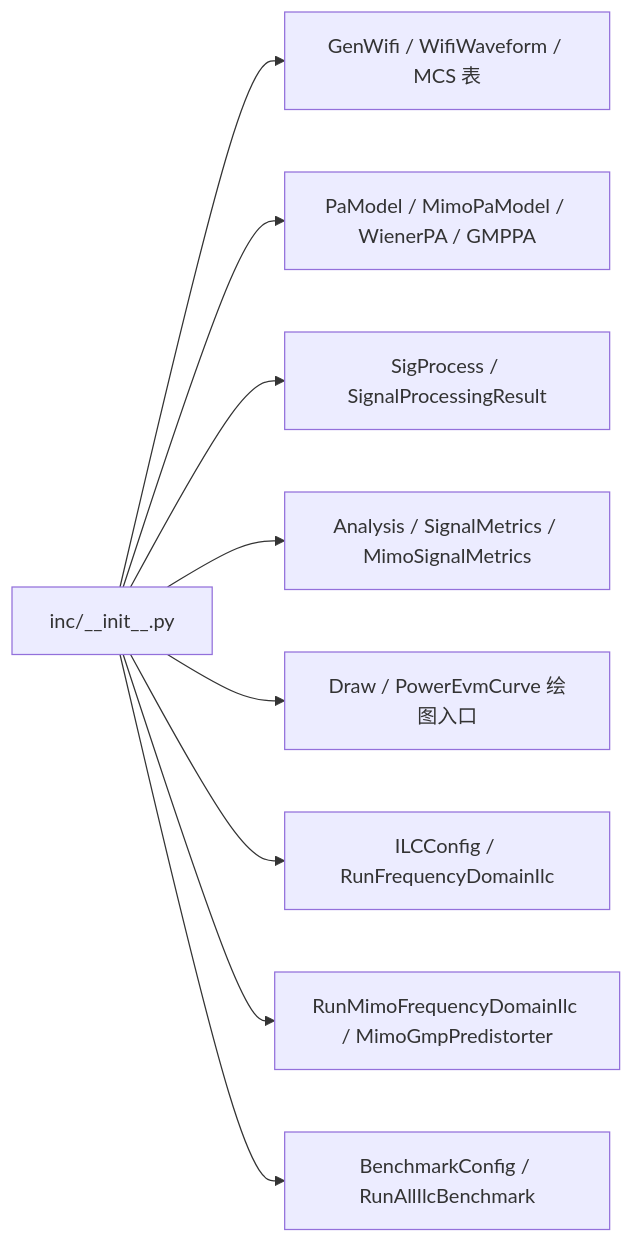
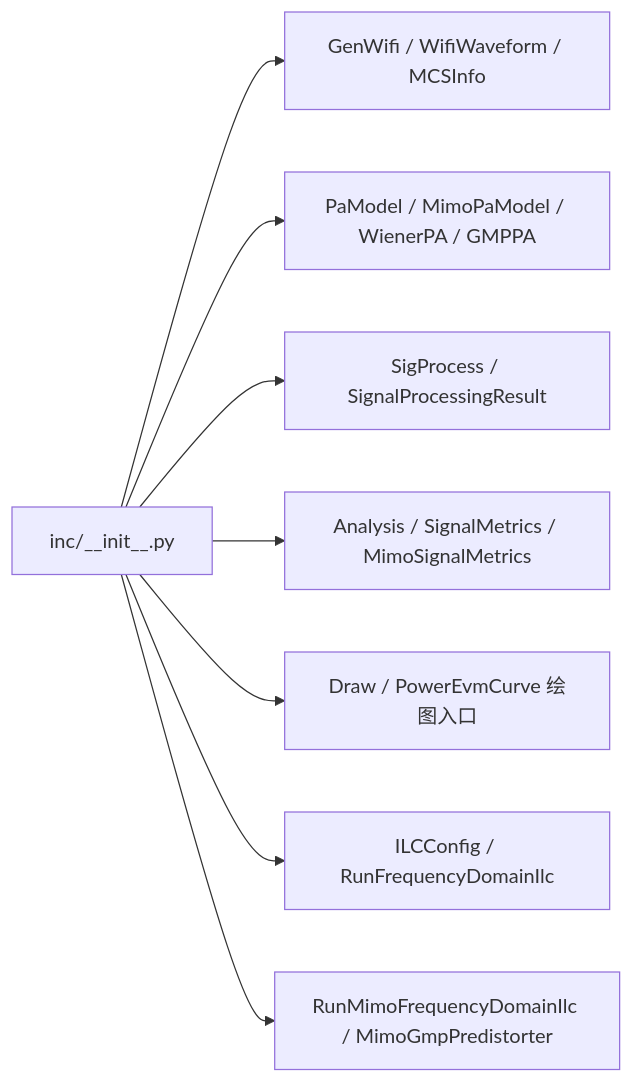
One commit to niyilu45/DPD_ILC changed the ninth of 9 diagrams in README.md. Above: the diagram before and after it, drawn with Mermaid. The commit also changed other lines of this file and 15 other files, not shown here.

````diff
--- a/README.md
+++ b/README.md
@@ -387,11 +393,10 @@
 ```mermaid
 flowchart LR
-    init["inc/__init__.py"] --> waveApi["GenWifi / WifiWaveform / MCS 表"]
+    init["inc/__init__.py"] --> waveApi["GenWifi / WifiWaveform / MCSInfo"]
     init --> paApi["PaModel / MimoPaModel / WienerPA / GMPPA"]
     init --> signalApi["SigProcess / SignalProcessingResult"]
     init --> analysisApi["Analysis / SignalMetrics / MimoSignalMetrics"]
     init --> drawApi["Draw / PowerEvmCurve 绘图入口"]
     init --> ilcApi["ILCConfig / RunFrequencyDomainIlc"]
     init --> mimoIlcApi["RunMimoFrequencyDomainIlc / MimoGmpPredistorter"]
-    init --> benchmarkApi["BenchmarkConfig / RunAllIlcBenchmark"]
 ```
````
